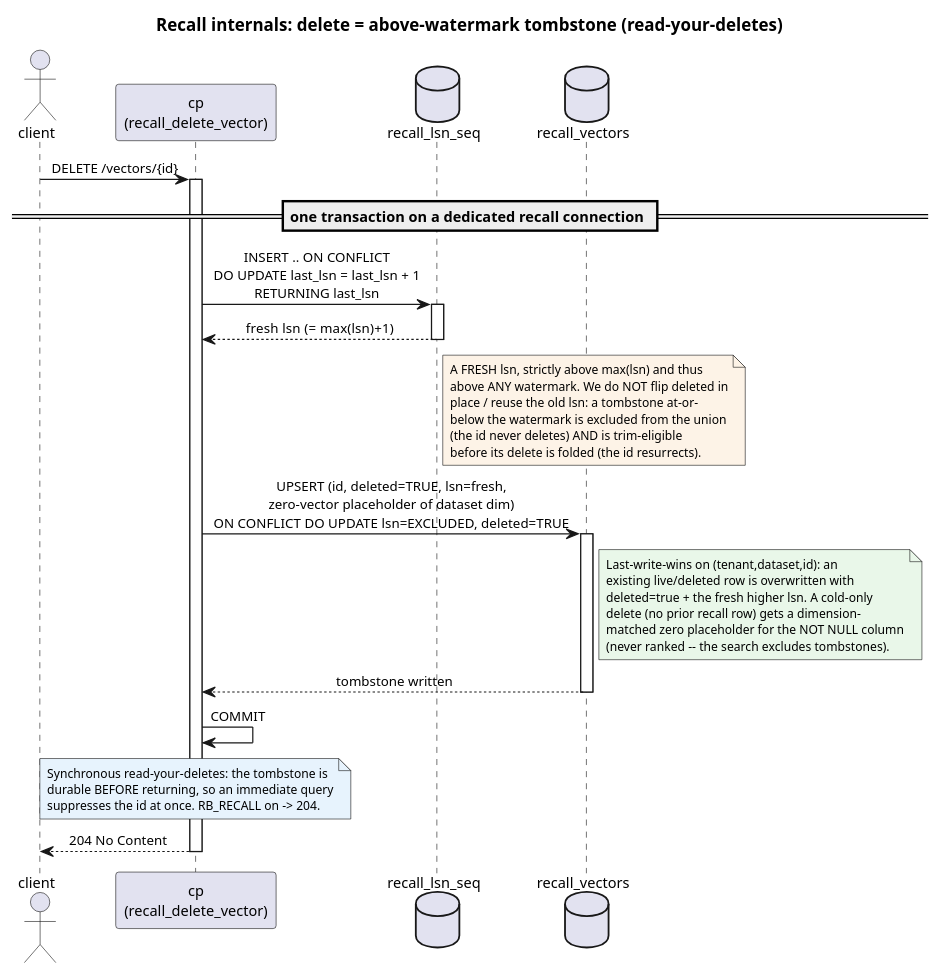
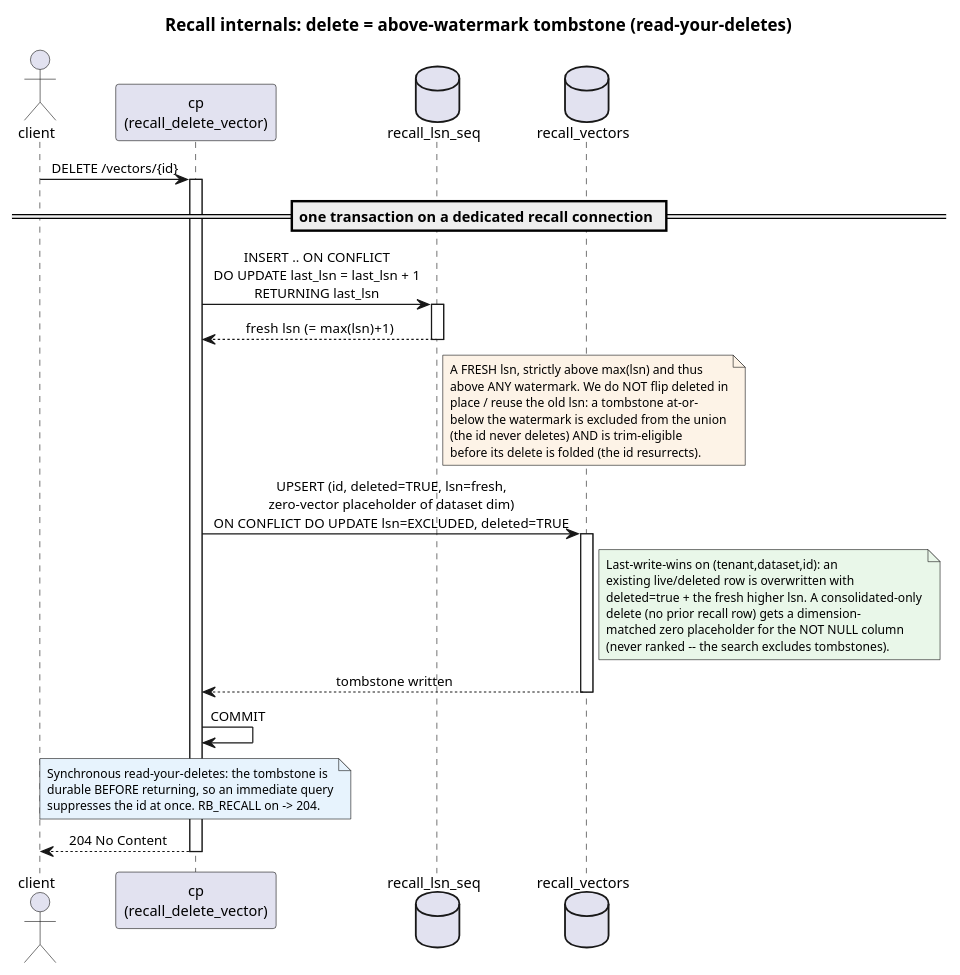
One commit to rosalinddb/rosalinddb changed the diagram in docs/architecture/diagrams/recall-internal-delete.puml. Above: the diagram before and after it, drawn with PlantUML. The commit also changed 9 other files, not shown here.

Commit message:
refactor: rename consolidated-tier 'cold' → 'consolidated' to de-overload the cache-state 'cold' (#32)

```diff
--- a/docs/architecture/diagrams/recall-internal-delete.puml
+++ b/docs/architecture/diagrams/recall-internal-delete.puml
@@ -1,65 +1,65 @@
 @startuml recall-internal-delete
 ' SEQUENCE: the Recall DELETE path in isolation
 ' (services.source_registry.main -> adapters.state.state.recall_delete_vector).
 ' Delete = UPSERT a TOMBSTONE (deleted=true) stamped with a FRESH lsn from
 ' recall_lsn_seq (the SAME atomic upsert-increment the write uses), so the
 ' tombstone is strictly ABOVE the watermark -- NEVER an in-place flip of an old
 ' row's lsn. Last-write-wins on the PK. Committed before returning ->
 ' synchronous read-your-deletes. The cap/CONSOLIDATE enqueue lives in
 ' recall-internal-bounding, not here.
 
 title Recall internals: delete = above-watermark tombstone (read-your-deletes)
 
 skinparam shadowing false
 skinparam defaultFontName Helvetica
 skinparam defaultFontSize 12
 skinparam ArrowFontSize 11
 skinparam NoteFontSize 10
 skinparam sequenceMessageAlign center
 
 actor "client" as client
 participant "cp\n(recall_delete_vector)" as cp
 database "recall_lsn_seq" as seq
 database "recall_vectors" as rv
 
 client -> cp : DELETE /vectors/{id}
 activate cp
 
 == one transaction on a dedicated recall connection ==
 
 cp -> seq : INSERT .. ON CONFLICT\nDO UPDATE last_lsn = last_lsn + 1\nRETURNING last_lsn
 activate seq
 seq --> cp : fresh lsn  (= max(lsn)+1)
 deactivate seq
 note right of seq #FDF3E7
   A FRESH lsn, strictly above max(lsn) and thus
   above ANY watermark. We do NOT flip deleted in
   place / reuse the old lsn: a tombstone at-or-
   below the watermark is excluded from the union
   (the id never deletes) AND is trim-eligible
   before its delete is folded (the id resurrects).
 end note
 
 cp -> rv : UPSERT (id, deleted=TRUE, lsn=fresh,\nzero-vector placeholder of dataset dim)\nON CONFLICT DO UPDATE lsn=EXCLUDED, deleted=TRUE
 activate rv
 note right of rv #E9F7E9
   Last-write-wins on (tenant,dataset,id): an
   existing live/deleted row is overwritten with
-  deleted=true + the fresh higher lsn. A cold-only
+  deleted=true + the fresh higher lsn. A consolidated-only
   delete (no prior recall row) gets a dimension-
   matched zero placeholder for the NOT NULL column
   (never ranked -- the search excludes tombstones).
 end note
 rv --> cp : tombstone written
 deactivate rv
 
 cp -> cp : COMMIT
 note over cp #E7F3FD
   Synchronous read-your-deletes: the tombstone is
   durable BEFORE returning, so an immediate query
   suppresses the id at once. RB_RECALL on -> 204.
 end note
 cp --> client : 204 No Content
 deactivate cp
 
 @enduml
```
